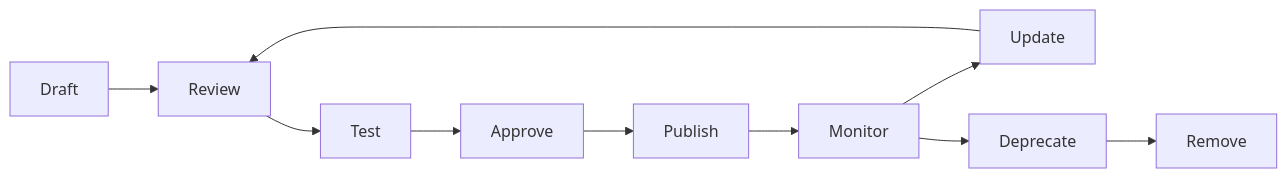
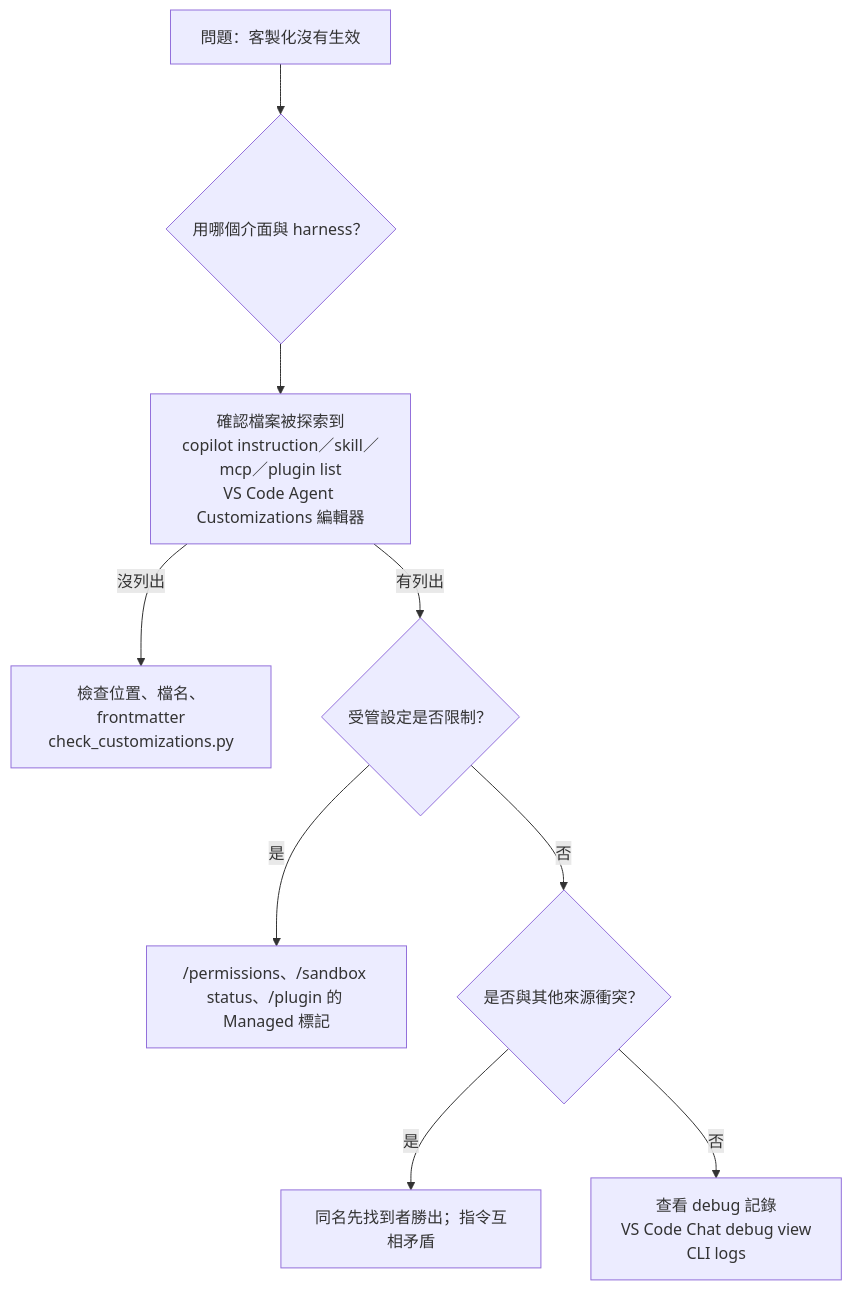
One commit to chihhung/Blog changed diagram 18 of 18 in content/posts/教學/AI開發/awesome-copilot教學手冊.md. Above: the diagram before and after it, drawn with Mermaid. The commit also changed other lines of this file and 1 other file, not shown here.

Commit message:
docs: update awesome-copilot and Github Repositories教學手冊

````diff
--- a/content/posts/教學/AI開發/awesome-copilot教學手冊.md
+++ b/content/posts/教學/AI開發/awesome-copilot教學手冊.md
@@ -4577,12 +4761,11 @@
 ```mermaid
-graph LR
-    A["Draft"] --> B["Review"]
-    B --> C["Test"]
-    C --> D["Approve"]
-    D --> E["Publish"]
-    E --> F["Monitor"]
-    F --> G["Update"]
-    G --> B
-    F --> H["Deprecate"]
-    H --> I["Remove"]
+flowchart TD
+    A["問題：客製化沒有生效"] --> B{"用哪個介面與 harness？"}
+    B --> C["確認檔案被探索到<br/>copilot instruction／skill／mcp／plugin list<br/>VS Code Agent Customizations 編輯器"]
+    C -- "沒列出" --> D["檢查位置、檔名、frontmatter<br/>check_customizations.py"]
+    C -- "有列出" --> E{"受管設定是否限制？"}
+    E -- "是" --> F["/permissions、/sandbox status、/plugin 的 Managed 標記"]
+    E -- "否" --> G{"是否與其他來源衝突？"}
+    G -- "是" --> H["同名先找到者勝出；指令互相矛盾"]
+    G -- "否" --> I["查看 debug 記錄<br/>VS Code Chat debug view<br/>CLI logs"]
 ```
````
